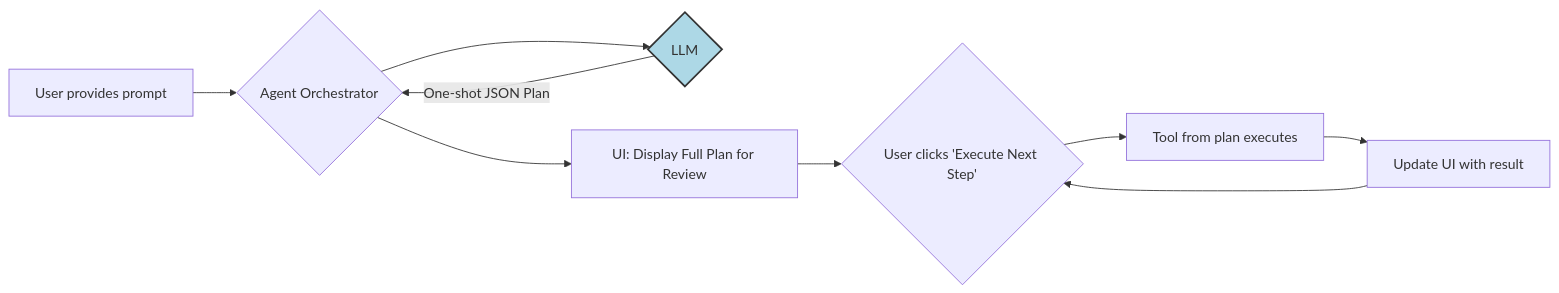
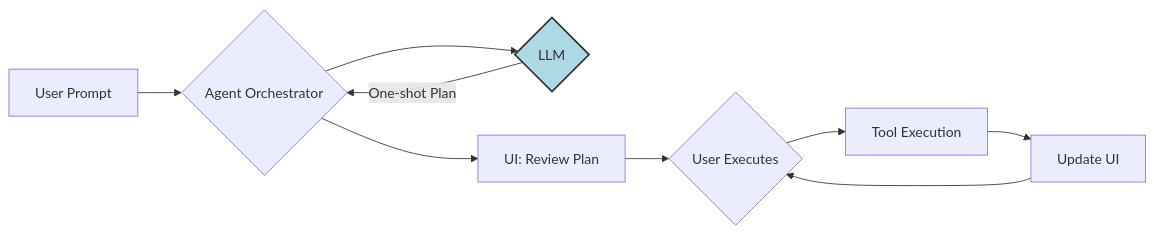
Before and after one commit to yanard18/com.denizyanar.forgeai: the first of 2 diagrams in README.md, drawn with Mermaid. The commit also changed other lines of this file, not shown here.

Commit message:
docs: Compact diagrams to LR layout for GitHub readability

````diff
--- a/README.md
+++ b/README.md
@@ -23,13 +23,13 @@
 ```mermaid
 graph LR
-    A[User provides prompt] --> B{Agent Orchestrator};
+    A[User Prompt] --> B{Agent Orchestrator};
     B --> C{LLM};
-    C -- One-shot JSON Plan --> B;
-    B --> D["UI: Display Full Plan for Review"];
-    D --> E{User clicks 'Execute Next Step'};
-    E --> F[Tool from plan executes];
-    F --> G[Update UI with result];
+    C -- One-shot Plan --> B;
+    B --> D[UI: Review Plan];
+    D --> E{User Executes};
+    E --> F[Tool Execution];
+    F --> G[Update UI];
     G --> E;
 
     style C fill:#add8e6,stroke:#333,stroke-width:2px
 ```
````
